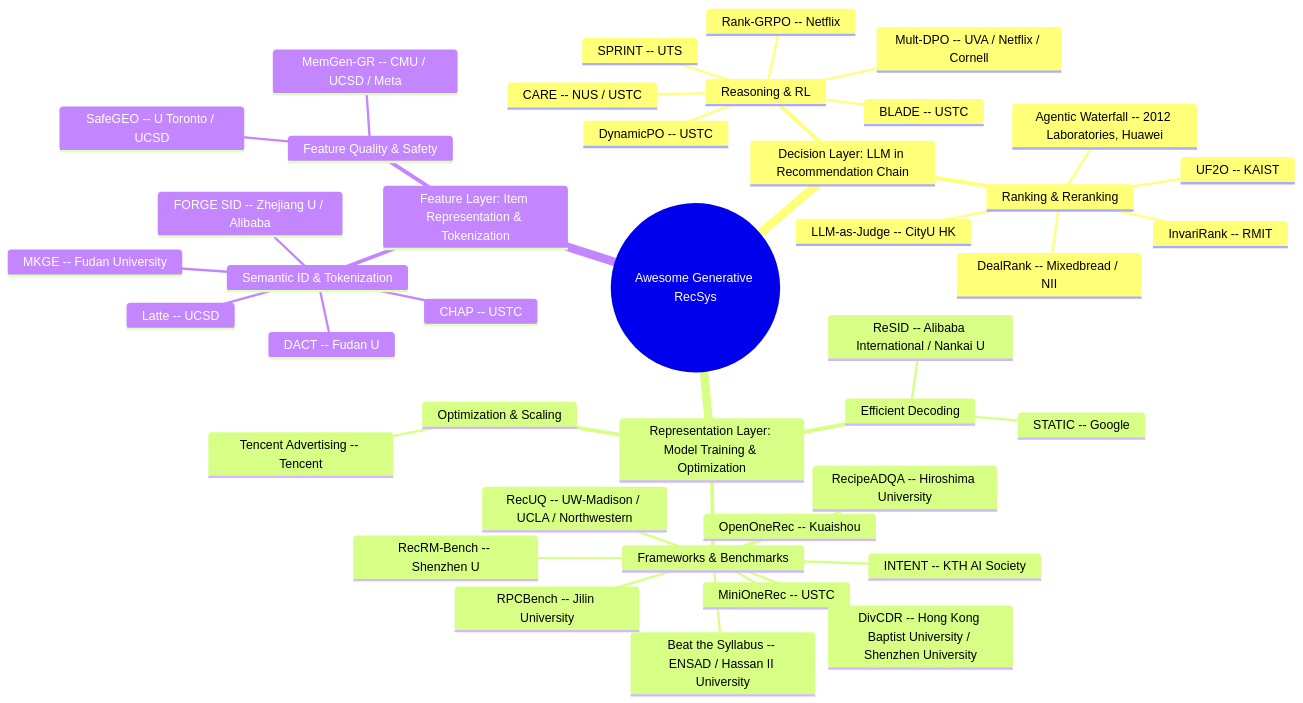
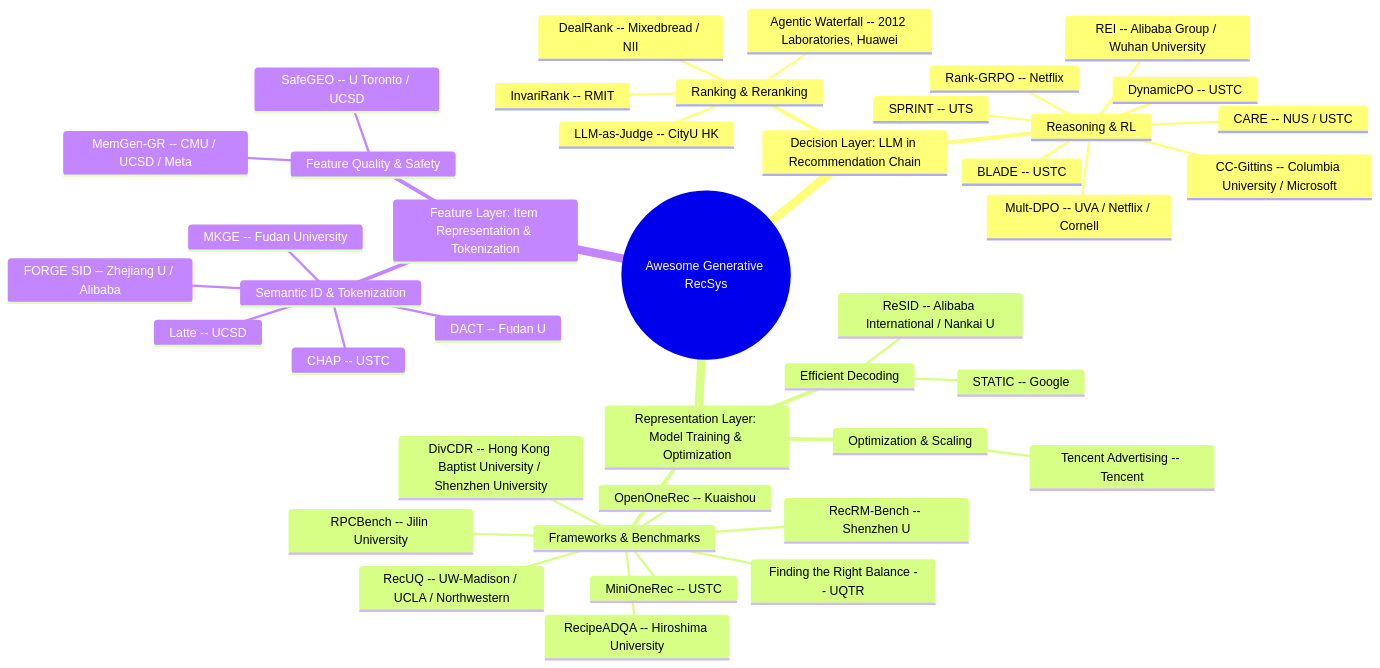
The diagram in README.md (HaFred/awesome-generative-recsys), drawn with Mermaid before and after one commit. The commit also changed other lines of this file and 2 other files, not shown here.

Commit message:
feat: REI and CC-Gittins lead 8 fallback gen-rec papers with 3 code releases

````diff
--- a/README.md
+++ b/README.md
@@ -30,45 +30,45 @@
 ```mermaid
 mindmap
   root((Awesome Generative RecSys))
     Decision Layer: LLM in Recommendation Chain
       Reasoning & RL
         Rank-GRPO -- Netflix
+        REI -- Alibaba Group / Wuhan University
+        CC-Gittins -- Columbia University / Microsoft
         DynamicPO -- USTC
         BLADE -- USTC
         SPRINT -- UTS
         CARE -- NUS / USTC
         Mult-DPO -- UVA / Netflix / Cornell
       Ranking & Reranking
         InvariRank -- RMIT
         DealRank -- Mixedbread / NII
         Agentic Waterfall -- 2012 Laboratories, Huawei
-        UF2O -- KAIST
         LLM-as-Judge -- CityU HK
     Representation Layer: Model Training & Optimization
       Frameworks & Benchmarks
         MiniOneRec -- USTC
         OpenOneRec -- Kuaishou
         RecRM-Bench -- Shenzhen U
         RPCBench -- Jilin University
-        INTENT -- KTH AI Society
         DivCDR -- Hong Kong Baptist University / Shenzhen University
         RecUQ -- UW-Madison / UCLA / Northwestern
+        Finding the Right Balance -- UQTR
         RecipeADQA -- Hiroshima University
-        Beat the Syllabus -- ENSAD / Hassan II University
       Efficient Decoding
         STATIC -- Google
         ReSID -- Alibaba International / Nankai U
       Optimization & Scaling
         Tencent Advertising -- Tencent
     Feature Layer: Item Representation & Tokenization
       Semantic ID & Tokenization
         Latte -- UCSD
         FORGE SID -- Zhejiang U / Alibaba
         DACT -- Fudan U
         CHAP -- USTC
         MKGE -- Fudan University
       Feature Quality & Safety
         SafeGEO -- U Toronto / UCSD
         MemGen-GR -- CMU / UCSD / Meta
 
 ```
````
